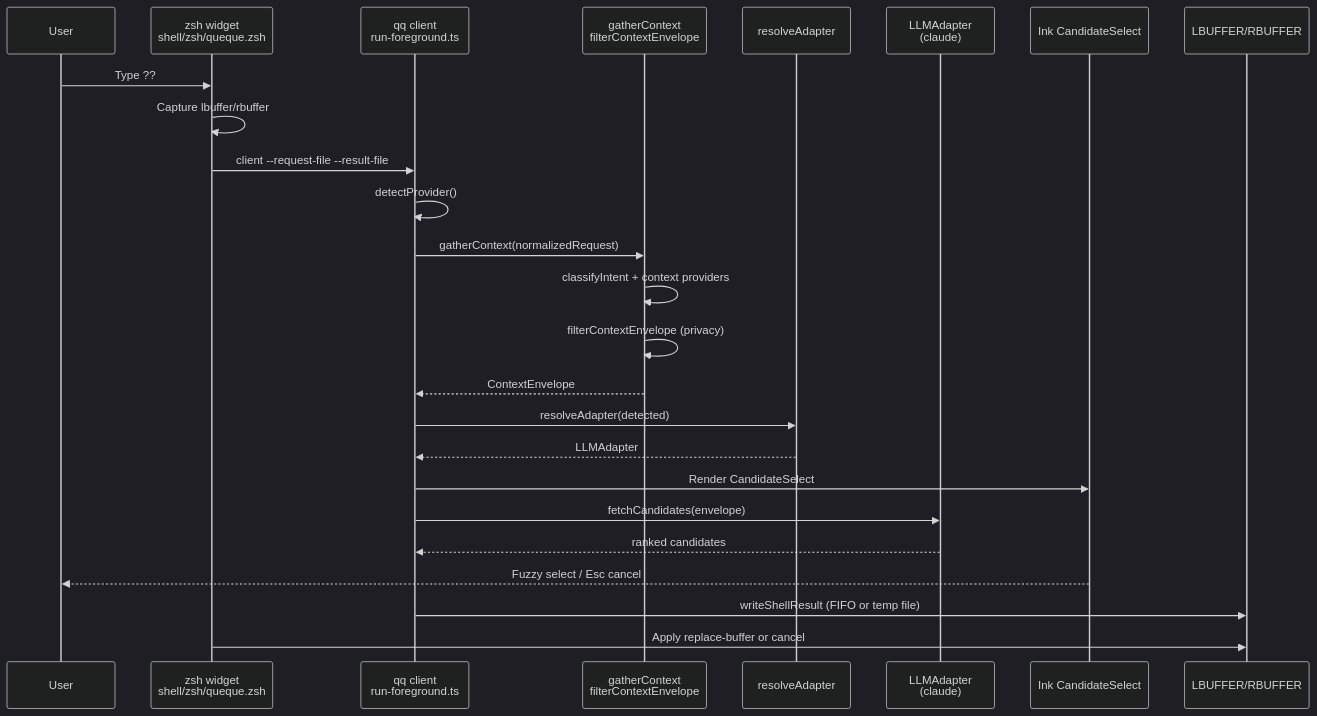
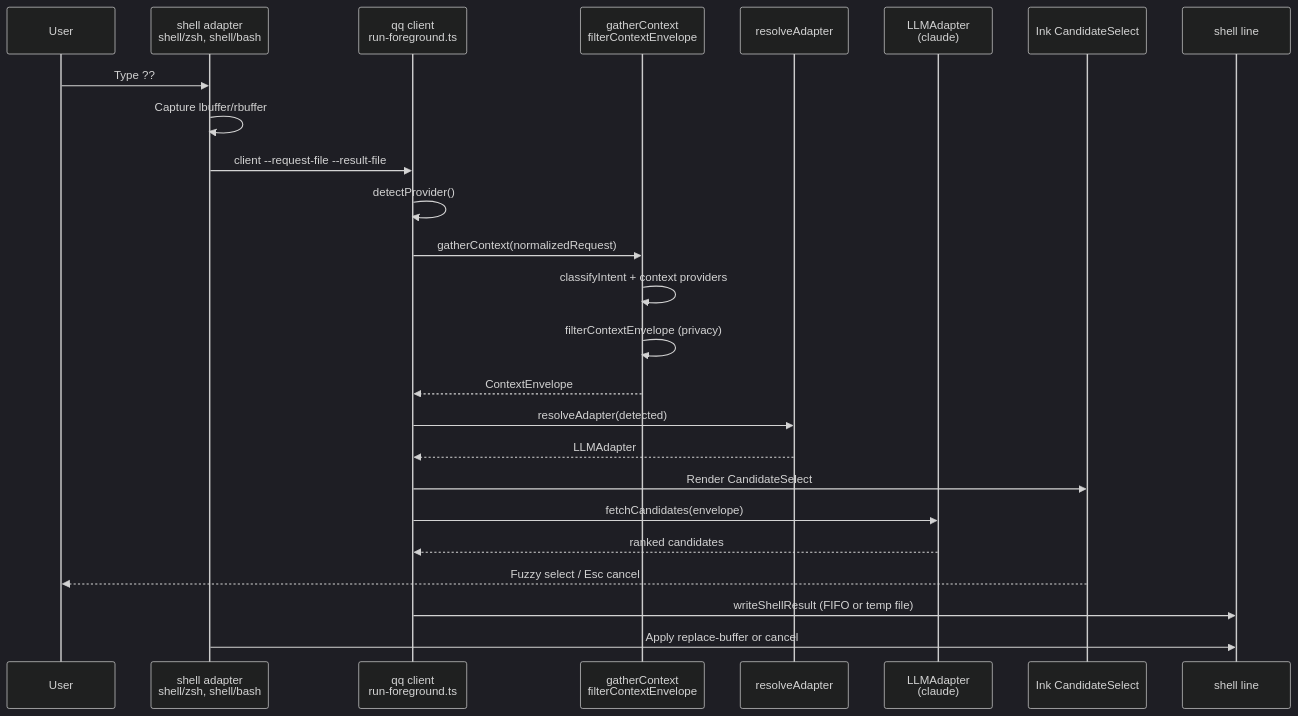
One commit to k-leumas/queque changed the first of 3 diagrams in docs/SYSTEM_DESIGN.md. Above: the diagram before and after it, drawn with Mermaid (dark theme). The commit also changed other lines of this file and 2 other files, not shown here.

First line of the commit message:
docs(11-10): document the shell adapter contract for phase 12

````diff
--- a/docs/SYSTEM_DESIGN.md
+++ b/docs/SYSTEM_DESIGN.md
@@ -21,28 +21,28 @@
 ```mermaid
 sequenceDiagram
     participant User
-    participant Widget as zsh widget<br/>shell/zsh/queque.zsh
+    participant Widget as shell adapter<br/>shell/zsh, shell/bash
     participant Client as qq client<br/>run-foreground.ts
     participant Pipeline as gatherContext<br/>filterContextEnvelope
     participant Resolver as resolveAdapter
     participant Provider as LLMAdapter<br/>(claude)
     participant TUI as Ink CandidateSelect
-    participant Shell as LBUFFER/RBUFFER
+    participant Shell as shell line
 
     User->>Widget: Type ??
     Widget->>Widget: Capture lbuffer/rbuffer
     Widget->>Client: client --request-file --result-file
     Client->>Client: detectProvider()
     Client->>Pipeline: gatherContext(normalizedRequest)
     Pipeline->>Pipeline: classifyIntent + context providers
     Pipeline->>Pipeline: filterContextEnvelope (privacy)
     Pipeline-->>Client: ContextEnvelope
     Client->>Resolver: resolveAdapter(detected)
     Resolver-->>Client: LLMAdapter
     Client->>TUI: Render CandidateSelect
     Client->>Provider: fetchCandidates(envelope)
     Provider-->>Client: ranked candidates
     TUI-->>User: Fuzzy select / Esc cancel
     Client->>Shell: writeShellResult (FIFO or temp file)
     Widget->>Shell: Apply replace-buffer or cancel
 ```
````
